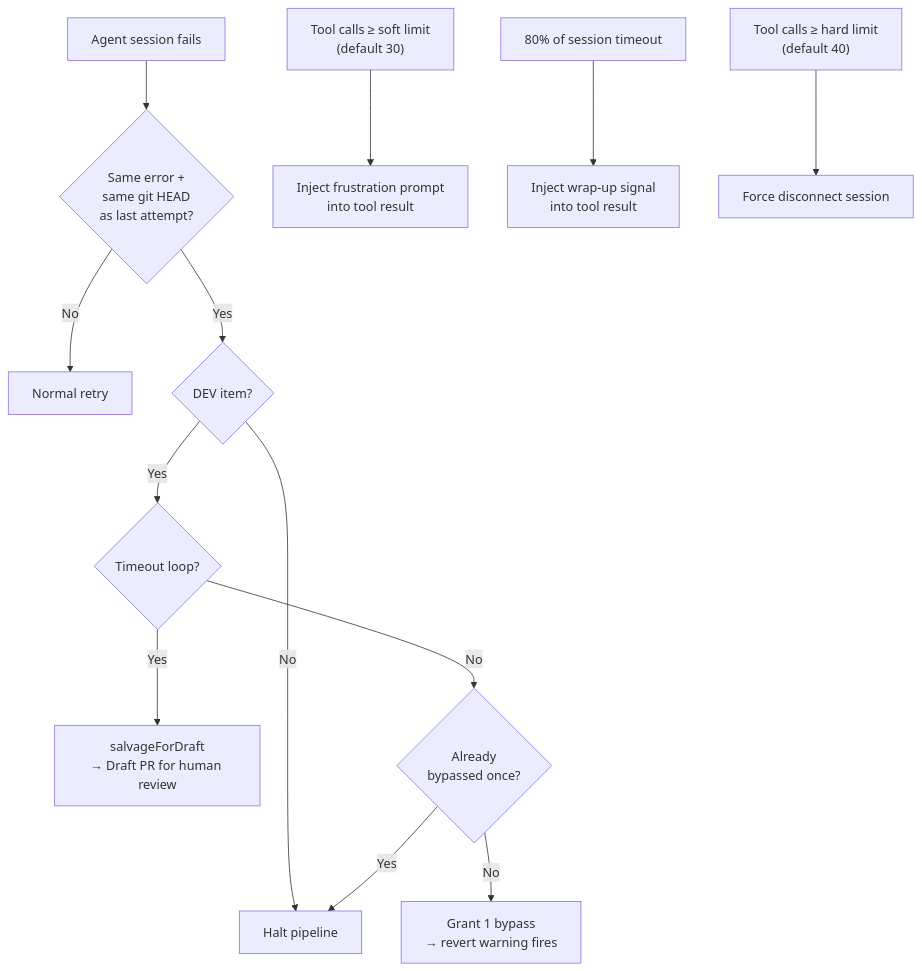
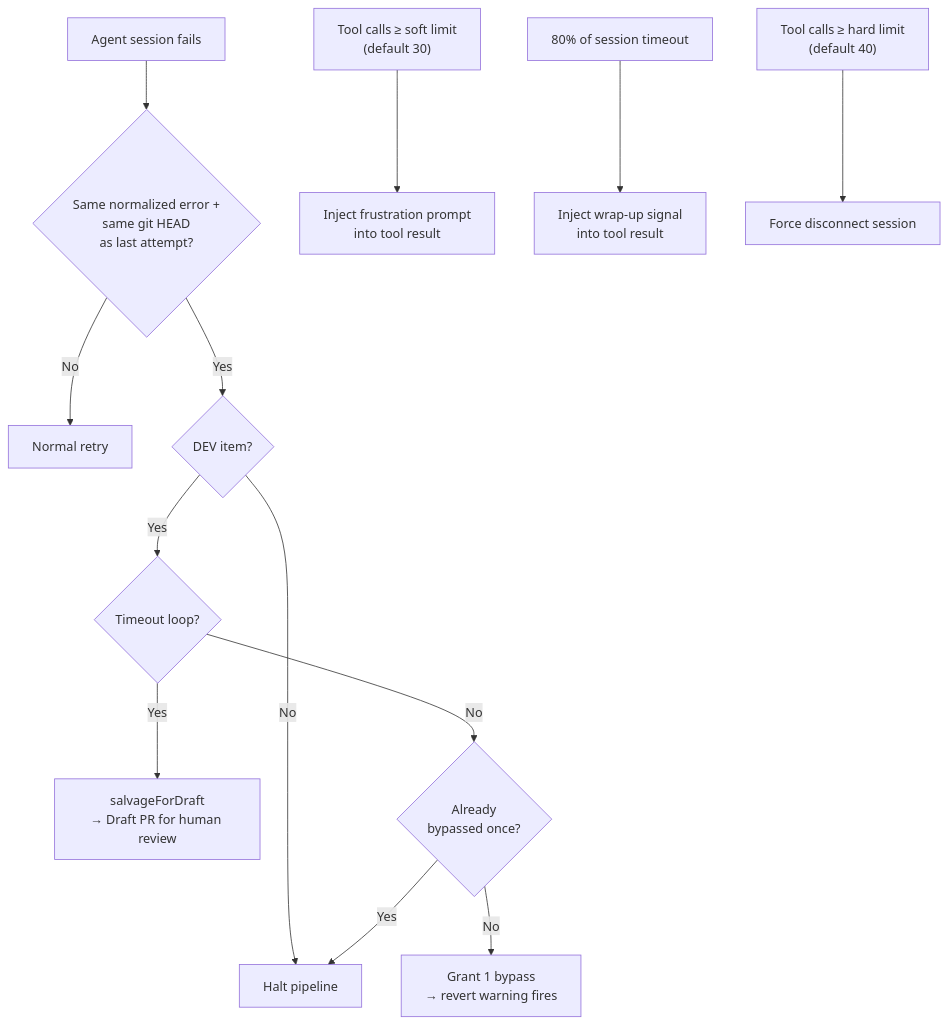
Before and after one commit to RomanKaliupinMelonusa/DAGent-t: the fifth of 5 diagrams in HOW-IT-WORKS.md, drawn with Mermaid. The commit also changed other lines of this file and 12 other files, not shown here.

````diff
--- a/HOW-IT-WORKS.md
+++ b/HOW-IT-WORKS.md
@@ -246,16 +248,16 @@
 ```mermaid
 graph TD
-    FAIL["Agent session fails"] --> CHECK{"Same error +<br/>same git HEAD<br/>as last attempt?"}
+    FAIL["Agent session fails"] --> CHECK{"Same normalized error +<br/>same git HEAD<br/>as last attempt?"}
     CHECK -->|No| RETRY["Normal retry"]
     CHECK -->|Yes| DEV{"DEV item?"}
     DEV -->|No| HALT["Halt pipeline"]
     DEV -->|Yes| TIMEOUT{"Timeout loop?"}
     TIMEOUT -->|Yes| SALVAGE["salvageForDraft<br/>→ Draft PR for human review"]
     TIMEOUT -->|No| BYPASS{"Already<br/>bypassed once?"}
     BYPASS -->|No| GRANT["Grant 1 bypass<br/>→ revert warning fires"]
     BYPASS -->|Yes| HALT
 
     SOFT["Tool calls ≥ soft limit<br/>(default 30)"] --> INJECT["Inject frustration prompt<br/>into tool result"]
     PRE["80% of session timeout"] --> WRAP["Inject wrap-up signal<br/>into tool result"]
     HARD["Tool calls ≥ hard limit<br/>(default 40)"] --> KILL["Force disconnect session"]
 ```
````
